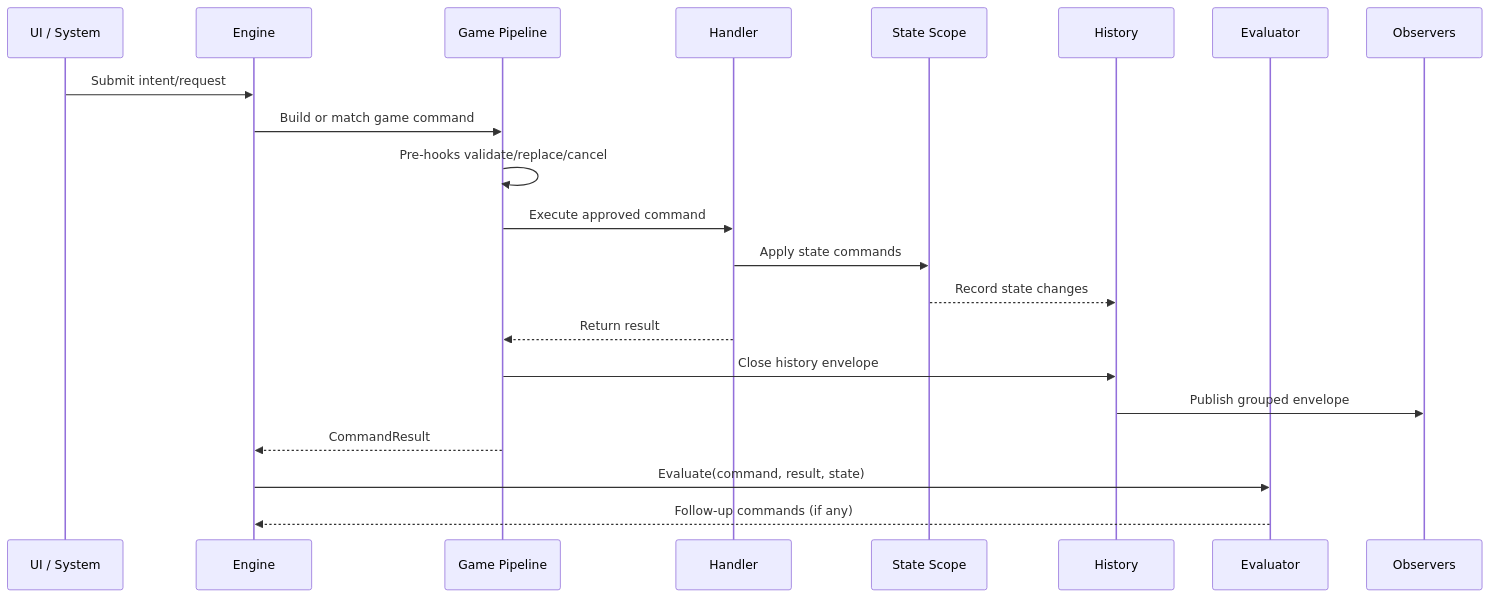
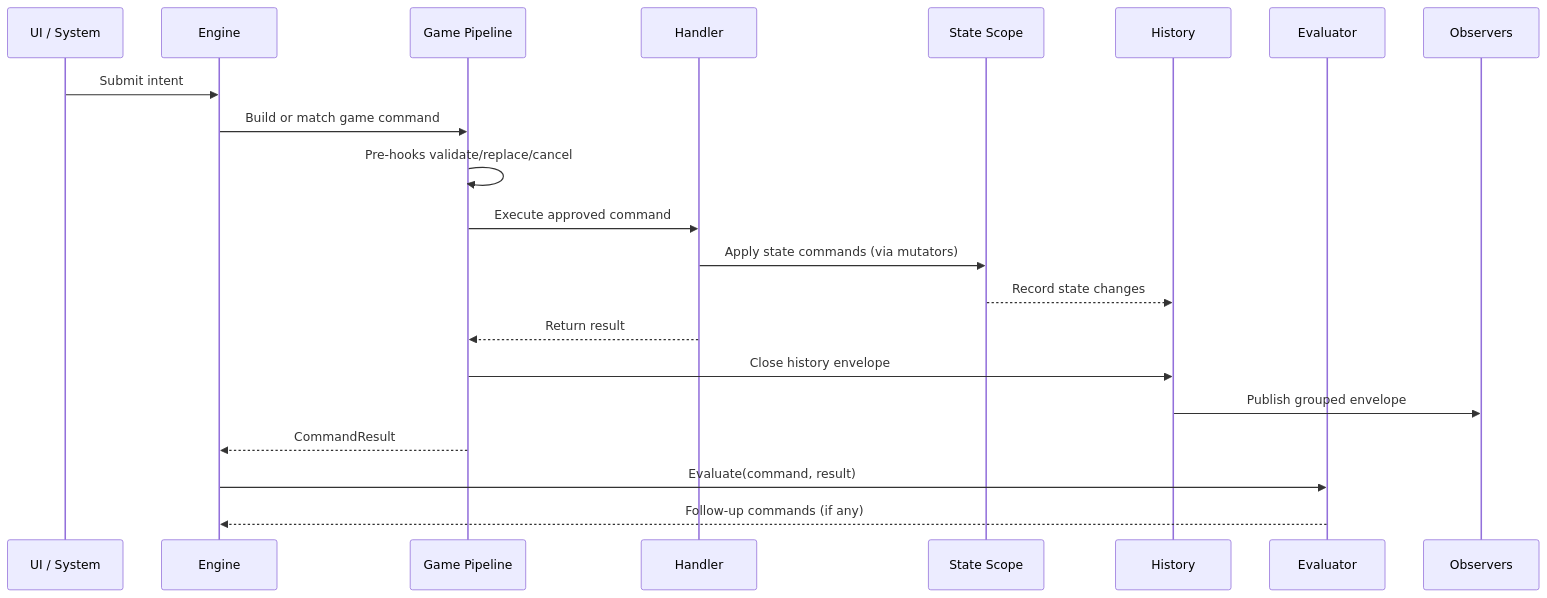
One commit to MgCohen/Card-Framework changed the diagram in Product/features/actions/models/01-command-pipeline.md. Above: the diagram before and after it, drawn with Mermaid. The commit also changed other lines of this file and 14 other files, not shown here.

````diff
--- a/Product/features/actions/models/01-command-pipeline.md
+++ b/Product/features/actions/models/01-command-pipeline.md
@@ -58,24 +31,24 @@
 ```mermaid
 sequenceDiagram
   participant UI as UI / System
   participant Engine as Engine
   participant Pipe as Game Pipeline
   participant Handler as Handler
   participant State as State Scope
   participant Hist as History
   participant Eval as Evaluator
   participant Obs as Observers
 
-  UI->>Engine: Submit intent/request
+  UI->>Engine: Submit intent
   Engine->>Pipe: Build or match game command
   Pipe->>Pipe: Pre-hooks validate/replace/cancel
   Pipe->>Handler: Execute approved command
-  Handler->>State: Apply state commands
+  Handler->>State: Apply state commands (via mutators)
   State-->>Hist: Record state changes
   Handler-->>Pipe: Return result
   Pipe->>Hist: Close history envelope
   Hist->>Obs: Publish grouped envelope
   Pipe-->>Engine: CommandResult
-  Engine->>Eval: Evaluate(command, result, state)
+  Engine->>Eval: Evaluate(command, result)
   Eval-->>Engine: Follow-up commands (if any)
 ```
````
